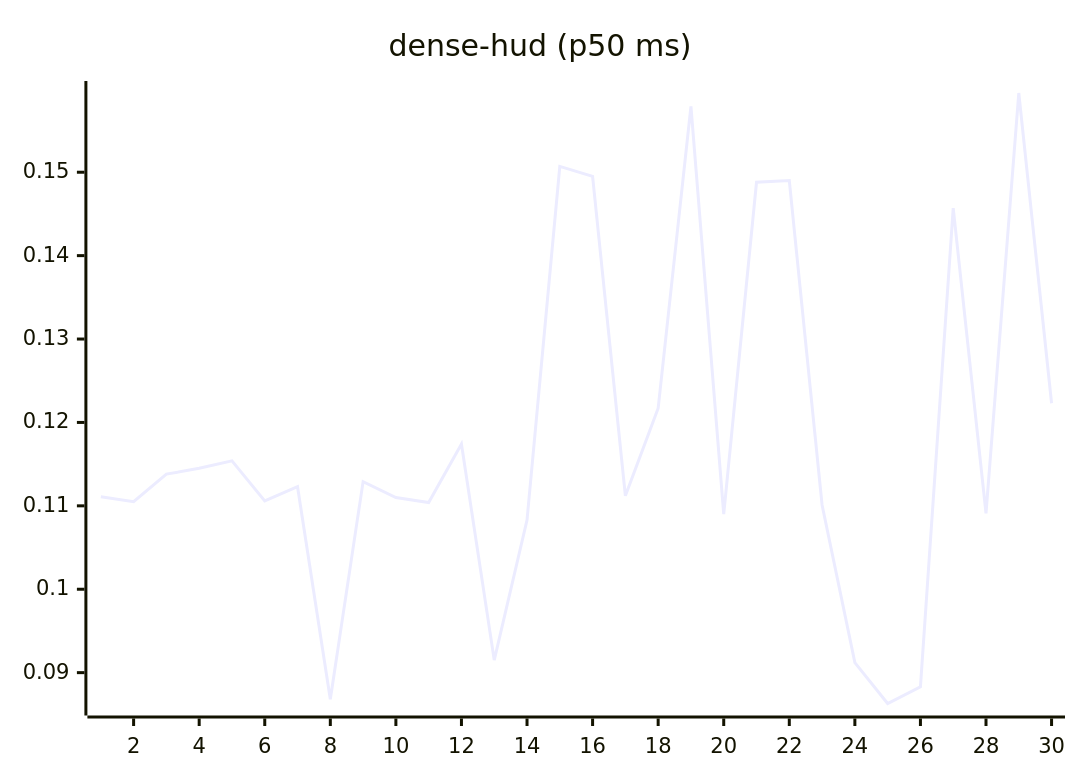
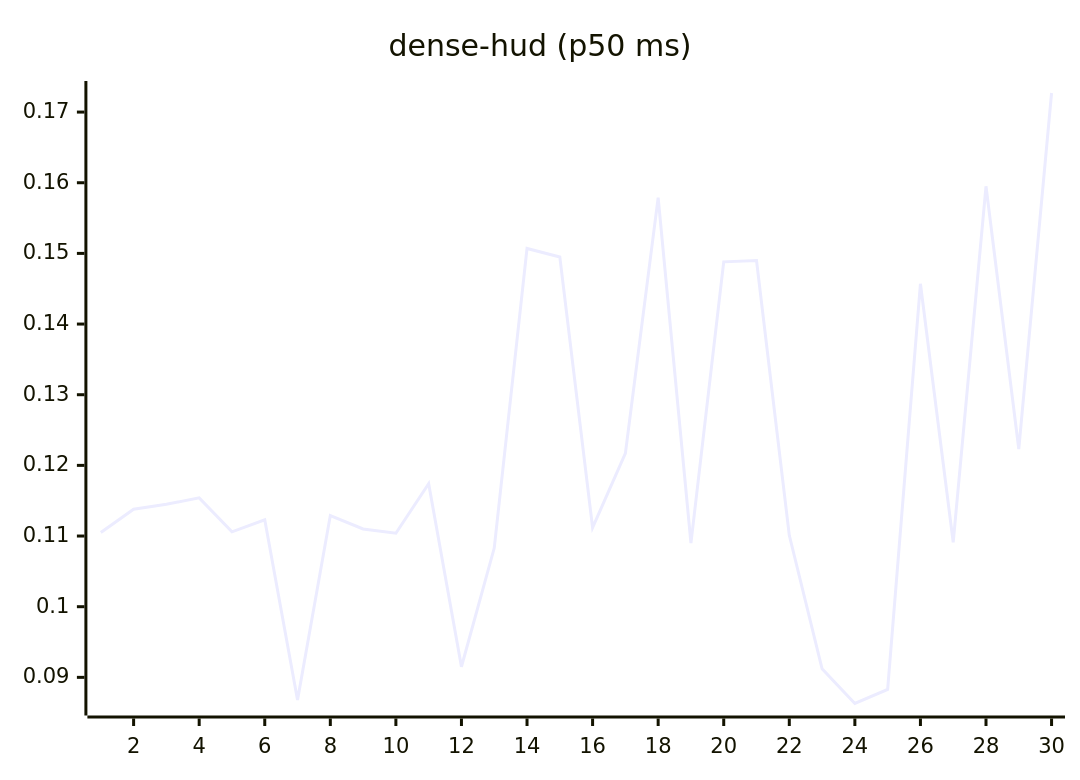
Before and after one commit to josha/Facet: the eighth of 27 diagrams in README.md, drawn with Mermaid. The commit also changed other lines of this file and 2 other files, not shown here.

````diff
--- a/README.md
+++ b/README.md
@@ -112,6 +112,6 @@
 ```mermaid
 xychart-beta
     title "dense-hud (p50 ms)"
     x-axis 1 --> 30
-    line [0.1111, 0.1105, 0.1138, 0.1145, 0.1154, 0.1106, 0.1123, 0.0868, 0.1129, 0.1110, 0.1104, 0.1174, 0.0915, 0.1083, 0.1507, 0.1495, 0.1112, 0.1217, 0.1579, 0.1090, 0.1488, 0.1490, 0.1101, 0.0912, 0.0863, 0.0883, 0.1457, 0.1091, 0.1595, 0.1223]
+    line [0.1105, 0.1138, 0.1145, 0.1154, 0.1106, 0.1123, 0.0868, 0.1129, 0.1110, 0.1104, 0.1174, 0.0915, 0.1083, 0.1507, 0.1495, 0.1112, 0.1217, 0.1579, 0.1090, 0.1488, 0.1490, 0.1101, 0.0912, 0.0863, 0.0883, 0.1457, 0.1091, 0.1595, 0.1223, 0.1727]
 ```
````
